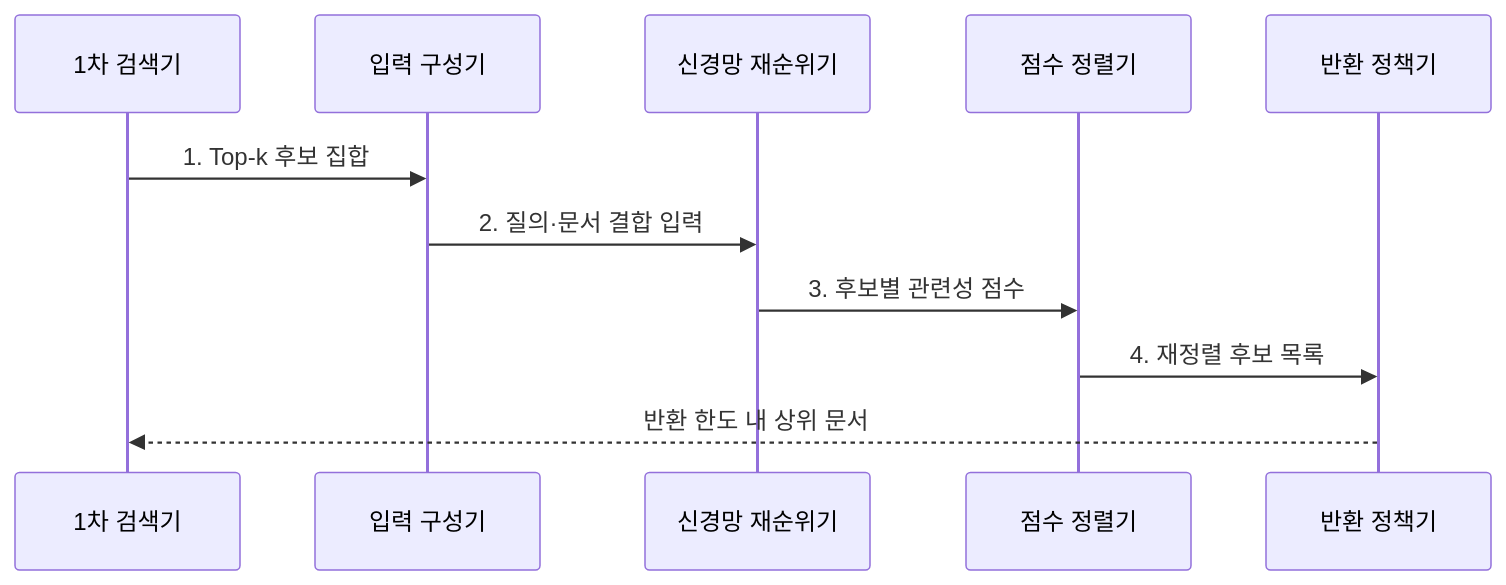
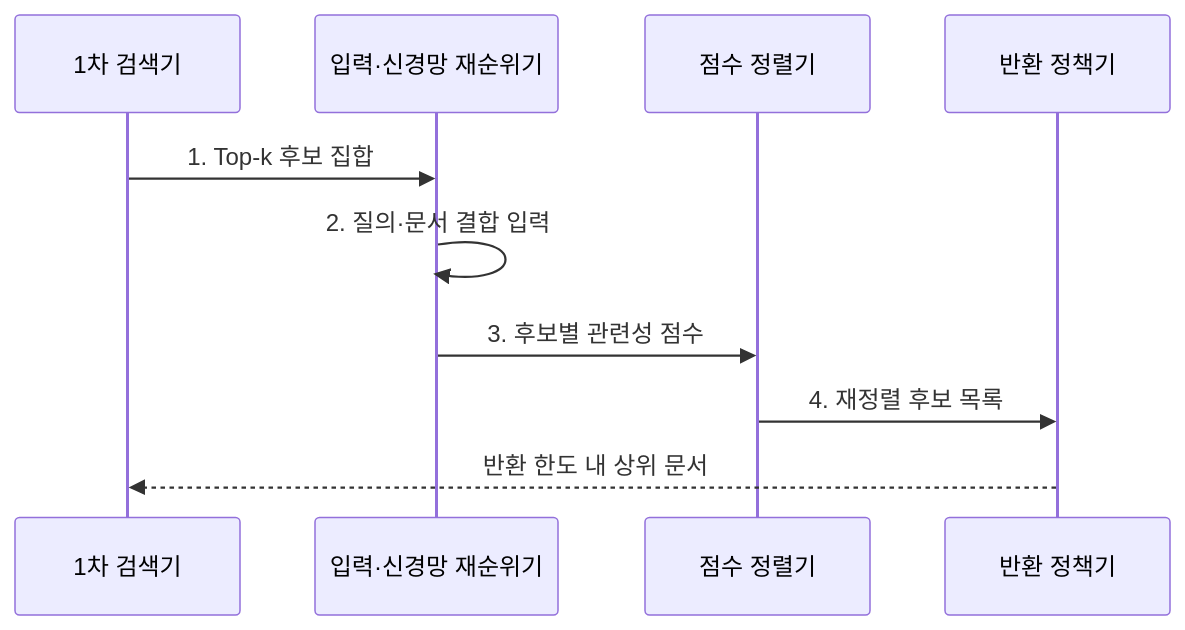
One commit to agnusdei1207/knowledge-base changed the second of 2 diagrams in src/content/docs/notes/08-latest-tech/078_neural_reranker.md. Above: the diagram before and after it, drawn with Mermaid. The commit also changed 9 other files, not shown here.

Commit message:
Reduce AI pipeline flow participants

````diff
--- a/src/content/docs/notes/08-latest-tech/078_neural_reranker.md
+++ b/src/content/docs/notes/08-latest-tech/078_neural_reranker.md
@@ -102,13 +102,12 @@
 ```mermaid
 sequenceDiagram
   participant R as 1차 검색기
-  participant B as 입력 구성기
-  participant N as 신경망 재순위기
+  participant N as 입력·신경망 재순위기
   participant S as 점수 정렬기
   participant P as 반환 정책기
-  R->>B: 1. Top-k 후보 집합
-  B->>N: 2. 질의·문서 결합 입력
+  R->>N: 1. Top-k 후보 집합
+  N->>N: 2. 질의·문서 결합 입력
   N->>S: 3. 후보별 관련성 점수
   S->>P: 4. 재정렬 후보 목록
   P-->>R: 반환 한도 내 상위 문서
 ```
````
